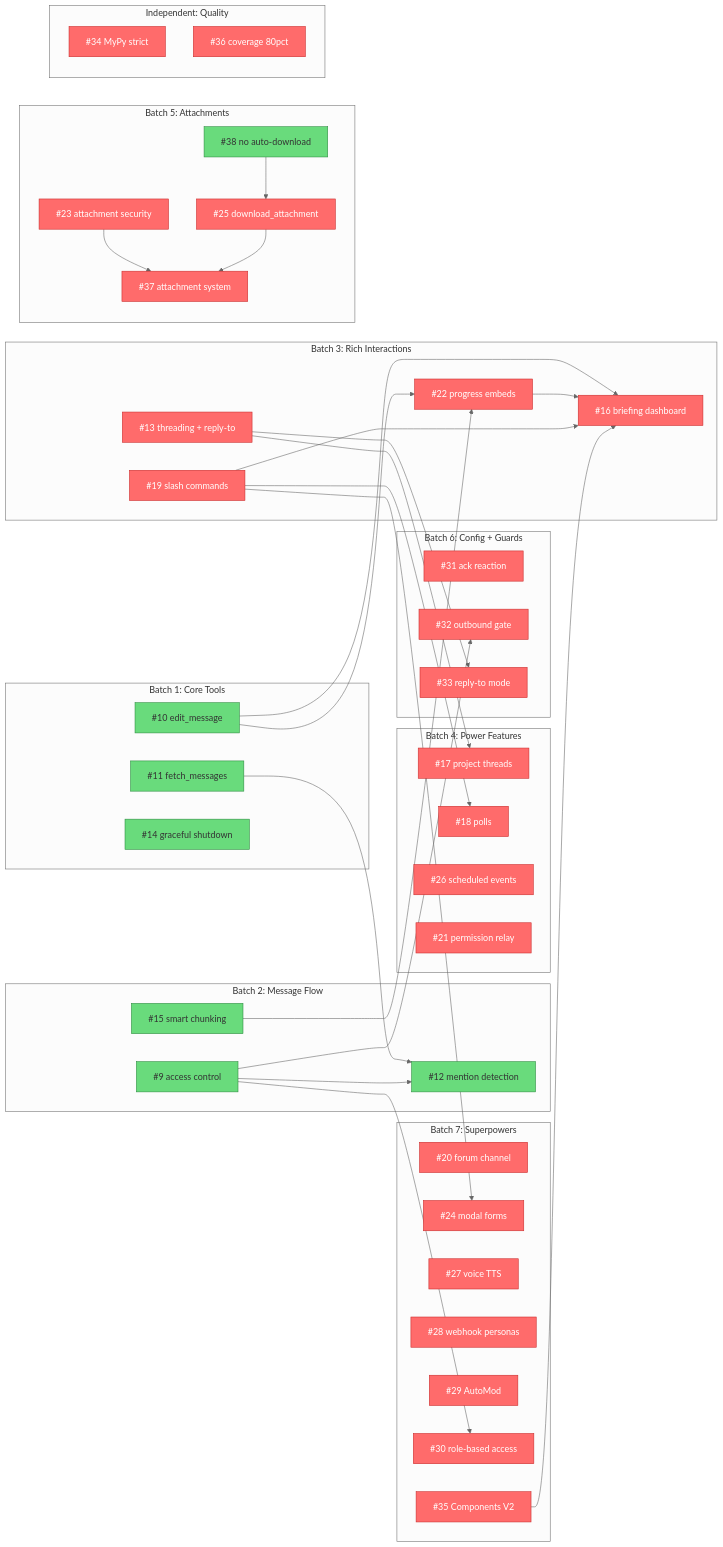
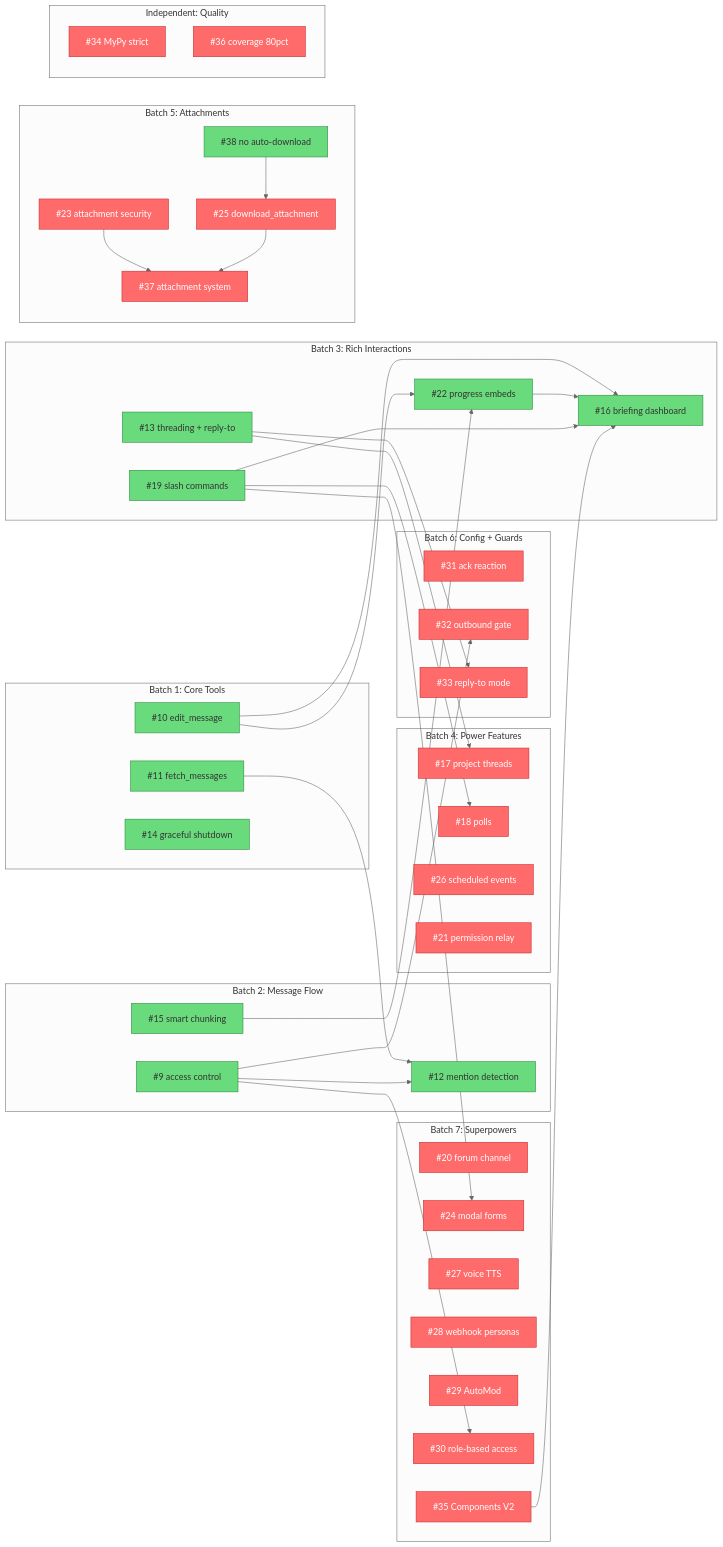
Before and after one commit to jeffrichley/pepper: the diagram in docs/ROADMAP.md, drawn with Mermaid (neutral theme). The commit also changed other lines of this file, not shown here.

Commit message:
docs: mark batch 3 complete in roadmap (#13, #16, #19, #22)

````diff
--- a/docs/ROADMAP.md
+++ b/docs/ROADMAP.md
@@ -7,79 +7,79 @@
 ```mermaid
 flowchart LR
     classDef notstarted fill:#ff6b6b,stroke:#c92a2a,color:#fff
     classDef inprogress fill:#ffd43b,stroke:#e67700,color:#333
     classDef done fill:#69db7c,stroke:#2b8a3e,color:#333
 
     subgraph B1["Batch 1: Core Tools"]
         I10["#10 edit_message"]:::done
         I11["#11 fetch_messages"]:::done
         I14["#14 graceful shutdown"]:::done
     end
 
     subgraph B2["Batch 2: Message Flow"]
         I9["#9 access control"]:::done
         I12["#12 mention detection"]:::done
         I15["#15 smart chunking"]:::done
     end
 
     subgraph B3["Batch 3: Rich Interactions"]
-        I13["#13 threading + reply-to"]:::notstarted
-        I22["#22 progress embeds"]:::notstarted
-        I19["#19 slash commands"]:::notstarted
-        I16["#16 briefing dashboard"]:::notstarted
+        I13["#13 threading + reply-to"]:::done
+        I22["#22 progress embeds"]:::done
+        I19["#19 slash commands"]:::done
+        I16["#16 briefing dashboard"]:::done
     end
 
     subgraph B4["Batch 4: Power Features"]
         I17["#17 project threads"]:::notstarted
         I18["#18 polls"]:::notstarted
         I26["#26 scheduled events"]:::notstarted
         I21["#21 permission relay"]:::notstarted
     end
 
     subgraph B5["Batch 5: Attachments"]
         I38["#38 no auto-download"]:::done
         I23["#23 attachment security"]:::notstarted
         I25["#25 download_attachment"]:::notstarted
         I37["#37 attachment system"]:::notstarted
     end
 
     subgraph B6["Batch 6: Config + Guards"]
         I31["#31 ack reaction"]:::notstarted
         I32["#32 outbound gate"]:::notstarted
         I33["#33 reply-to mode"]:::notstarted
     end
 
     subgraph B7["Batch 7: Superpowers"]
         I20["#20 forum channel"]:::notstarted
         I24["#24 modal forms"]:::notstarted
         I27["#27 voice TTS"]:::notstarted
         I28["#28 webhook personas"]:::notstarted
         I29["#29 AutoMod"]:::notstarted
         I30["#30 role-based access"]:::notstarted
         I35["#35 Components V2"]:::notstarted
     end
 
     subgraph BQ["Independent: Quality"]
         I34["#34 MyPy strict"]:::notstarted
         I36["#36 coverage 80pct"]:::notstarted
     end
 
     %% Dependencies (arrow = "must complete before")
     I10 --> I22
     I10 --> I16
     I11 --> I12
     I13 --> I17
     I13 --> I33
     I9 --> I12
     I9 --> I32
     I9 --> I30
     I22 --> I16
     I19 --> I16
     I15 --> I22
     I23 --> I37
     I25 --> I37
     I19 --> I18
     I19 --> I24
     I35 --> I16
     I38 --> I25
 ```
````
